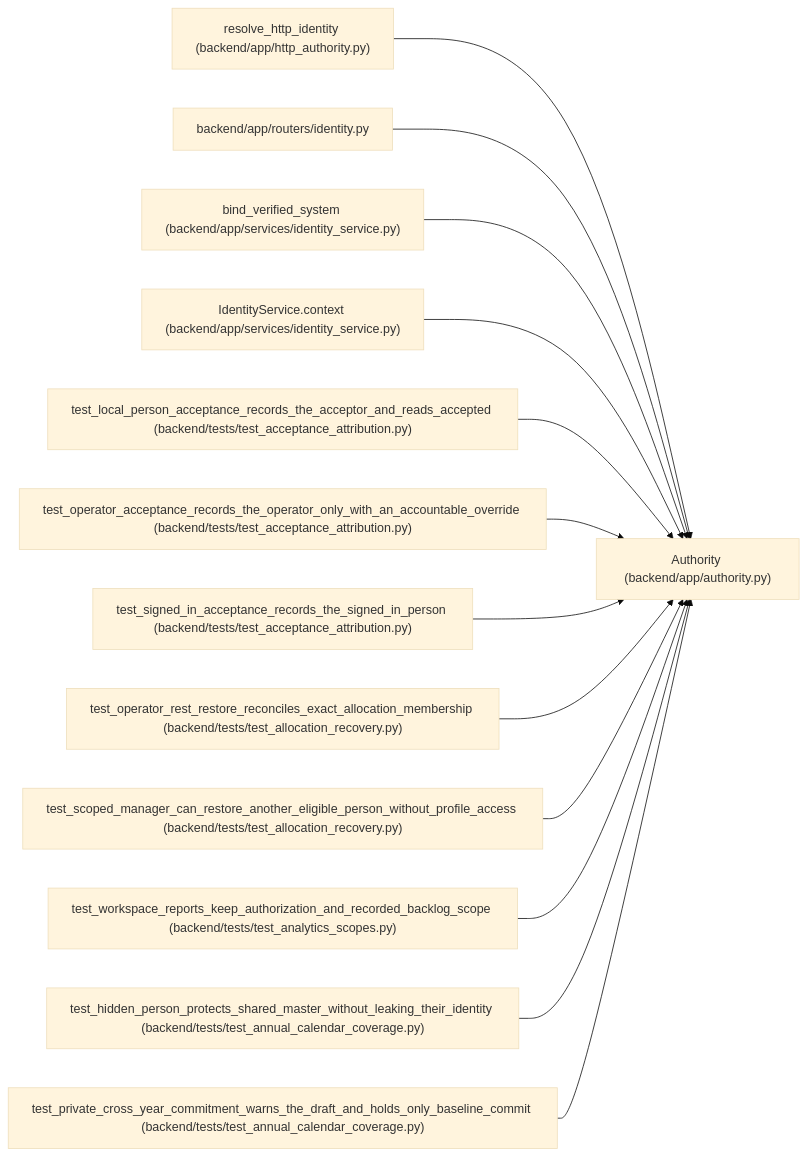
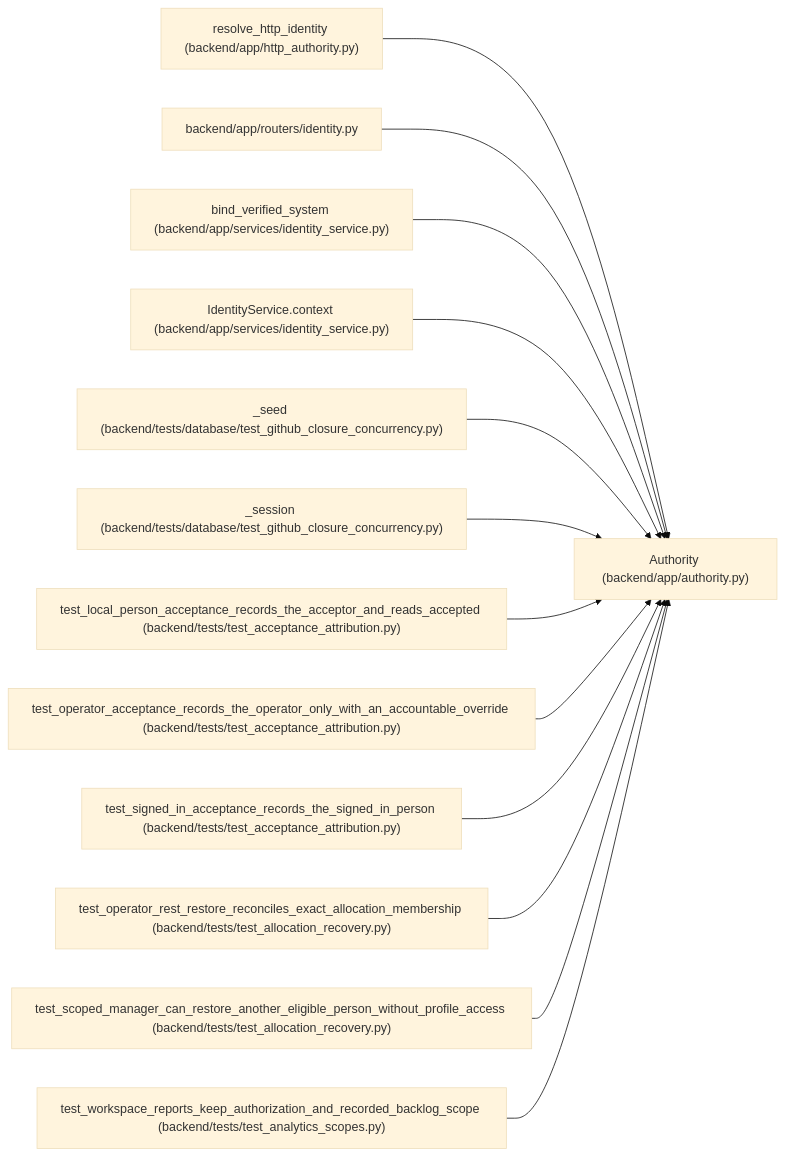
Before and after one commit to Denissvgn/WorkChord: the diagram in docs/llm_wiki/entities/Authority.md, drawn with Mermaid (base theme). The commit also changed other lines of this file and 1420 other files, not shown here.

First line of the commit message:
Refresh the architectural wiki for the 1.10.0 changes

````diff
--- a/docs/llm_wiki/entities/Authority.md
+++ b/docs/llm_wiki/entities/Authority.md
@@ -46,41 +46,41 @@
 ```mermaid
 flowchart LR
     n0["Authority (backend/app/authority.py)"]
     n1["resolve_http_identity (backend/app/http_authority.py)"]
     n2["backend/app/routers/identity.py"]
     n3["bind_verified_system (backend/app/services/identity_service.py)"]
     n4["IdentityService.context (backend/app/services/identity_service.py)"]
-    n5["test_local_person_acceptance_records_the_acceptor_and_reads_accepted (backend/tests/test_acceptance_attribution.py)"]
-    n6["test_operator_acceptance_records_the_operator_only_with_an_accountable_override (backend/tests/test_acceptance_attribution.py)"]
-    n7["test_signed_in_acceptance_records_the_signed_in_person (backend/tests/test_acceptance_attribution.py)"]
-    n8["test_operator_rest_restore_reconciles_exact_allocation_membership (backend/tests/test_allocation_recovery.py)"]
-    n9["test_scoped_manager_can_restore_another_eligible_person_without_profile_access (backend/tests/test_allocation_recovery.py)"]
-    n10["test_workspace_reports_keep_authorization_and_recorded_backlog_scope (backend/tests/test_analytics_scopes.py)"]
-    n11["test_hidden_person_protects_shared_master_without_leaking_their_identity (backend/tests/test_annual_calendar_coverage.py)"]
-    n12["test_private_cross_year_commitment_warns_the_draft_and_holds_only_baseline_commit (backend/tests/test_annual_calendar_coverage.py)"]
+    n5["_seed (backend/tests/database/test_github_closure_concurrency.py)"]
+    n6["_session (backend/tests/database/test_github_closure_concurrency.py)"]
+    n7["test_local_person_acceptance_records_the_acceptor_and_reads_accepted (backend/tests/test_acceptance_attribution.py)"]
+    n8["test_operator_acceptance_records_the_operator_only_with_an_accountable_override (backend/tests/test_acceptance_attribution.py)"]
+    n9["test_signed_in_acceptance_records_the_signed_in_person (backend/tests/test_acceptance_attribution.py)"]
+    n10["test_operator_rest_restore_reconciles_exact_allocation_membership (backend/tests/test_allocation_recovery.py)"]
+    n11["test_scoped_manager_can_restore_another_eligible_person_without_profile_access (backend/tests/test_allocation_recovery.py)"]
+    n12["test_workspace_reports_keep_authorization_and_recorded_backlog_scope (backend/tests/test_analytics_scopes.py)"]
     n1 --> n0
     n2 --> n0
     n3 --> n0
     n4 --> n0
     n5 --> n0
     n6 --> n0
     n7 --> n0
     n8 --> n0
     n9 --> n0
     n10 --> n0
     n11 --> n0
     n12 --> n0
     click n0 "../modules/authority.md"
     click n1 "../modules/http_authority.md"
     click n2 "../modules/routers_identity.md"
     click n3 "../modules/identity_service.md"
     click n4 "../modules/identity_service.md"
-    click n5 "../modules/test_acceptance_attribution.md"
-    click n6 "../modules/test_acceptance_attribution.md"
+    click n5 "../modules/test_github_closure_concurrency.md"
+    click n6 "../modules/test_github_closure_concurrency.md"
     click n7 "../modules/test_acceptance_attribution.md"
-    click n8 "../modules/test_allocation_recovery.md"
-    click n9 "../modules/test_allocation_recovery.md"
-    click n10 "../modules/test_analytics_scopes.md"
-    click n11 "../modules/test_annual_calendar_coverage.md"
-    click n12 "../modules/test_annual_calendar_coverage.md"
+    click n8 "../modules/test_acceptance_attribution.md"
+    click n9 "../modules/test_acceptance_attribution.md"
+    click n10 "../modules/test_allocation_recovery.md"
+    click n11 "../modules/test_allocation_recovery.md"
+    click n12 "../modules/test_analytics_scopes.md"
 ```
````
